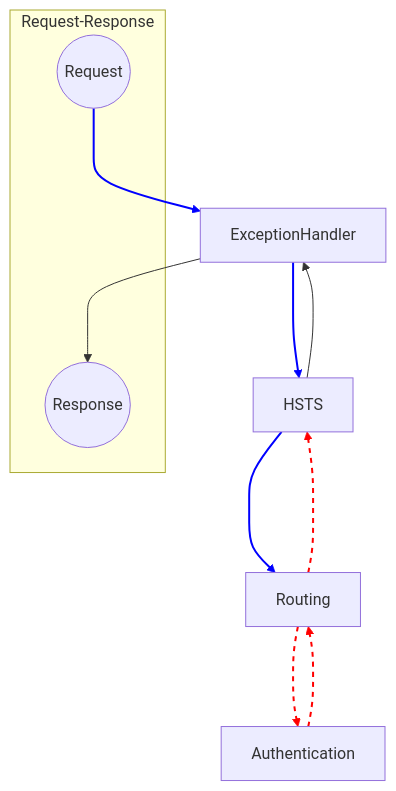
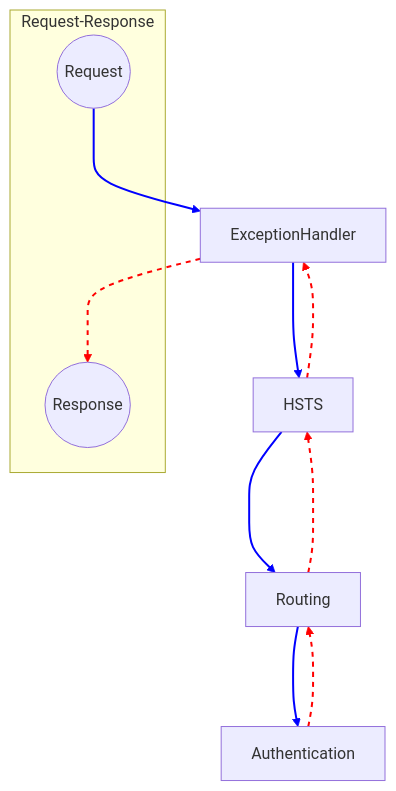
One commit to Rick-Anderson/MiddlewareMermaid changed the diagram in MiddlewareMermaid/graphTD_colorRR.md. Above: the diagram before and after it, drawn with Mermaid.

````diff
--- a/MiddlewareMermaid/graphTD_colorRR.md
+++ b/MiddlewareMermaid/graphTD_colorRR.md
@@ -1,22 +1,24 @@
 ```mermaid
 graph TD;
     subgraph Request-Response
         Request((Request))
         Response((Response))
     end
     Request--->ExceptionHandler
     ExceptionHandler--->HSTS
     HSTS--->Routing
     Routing--->Authentication
     Authentication--->Routing
     Routing--->HSTS
     HSTS--->ExceptionHandler
     ExceptionHandler--->Response
 
     linkStyle 0 stroke-width:2px,fill:none,stroke:blue;
     linkStyle 1 stroke-width:2px,fill:none,stroke:blue;
     linkStyle 2 stroke-width:2px,fill:none,stroke:blue;
-    linkStyle 3 stroke-dasharray: 5 5, stroke-width:2px,fill:none,stroke:red;
+    linkStyle 3 stroke-width:2px,fill:none,stroke:blue;
     linkStyle 4 stroke-dasharray: 5 5, stroke-width:2px,fill:none,stroke:red;
     linkStyle 5 stroke-dasharray: 5 5, stroke-width:2px,fill:none,stroke:red;
+    linkStyle 6 stroke-dasharray: 5 5, stroke-width:2px,fill:none,stroke:red;    
+    linkStyle 7 stroke-dasharray: 5 5, stroke-width:2px,fill:none,stroke:red;
 ```
````
